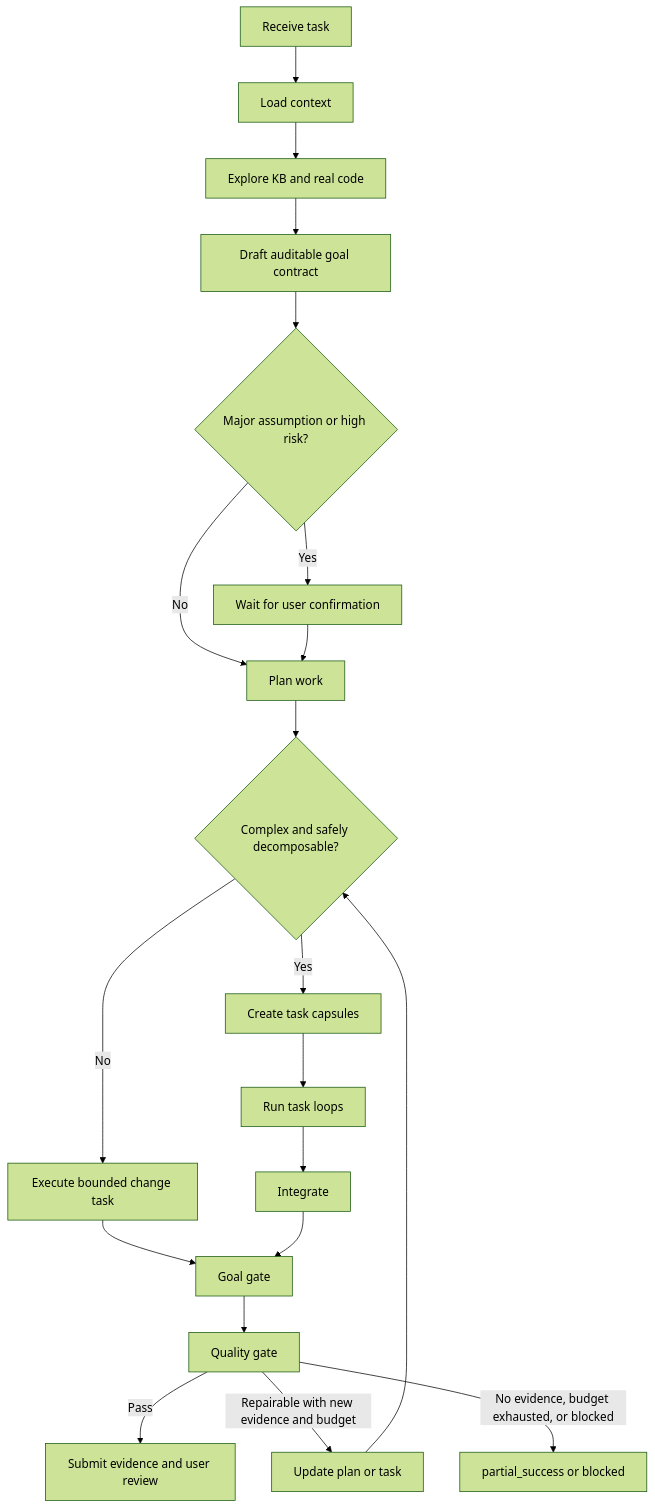
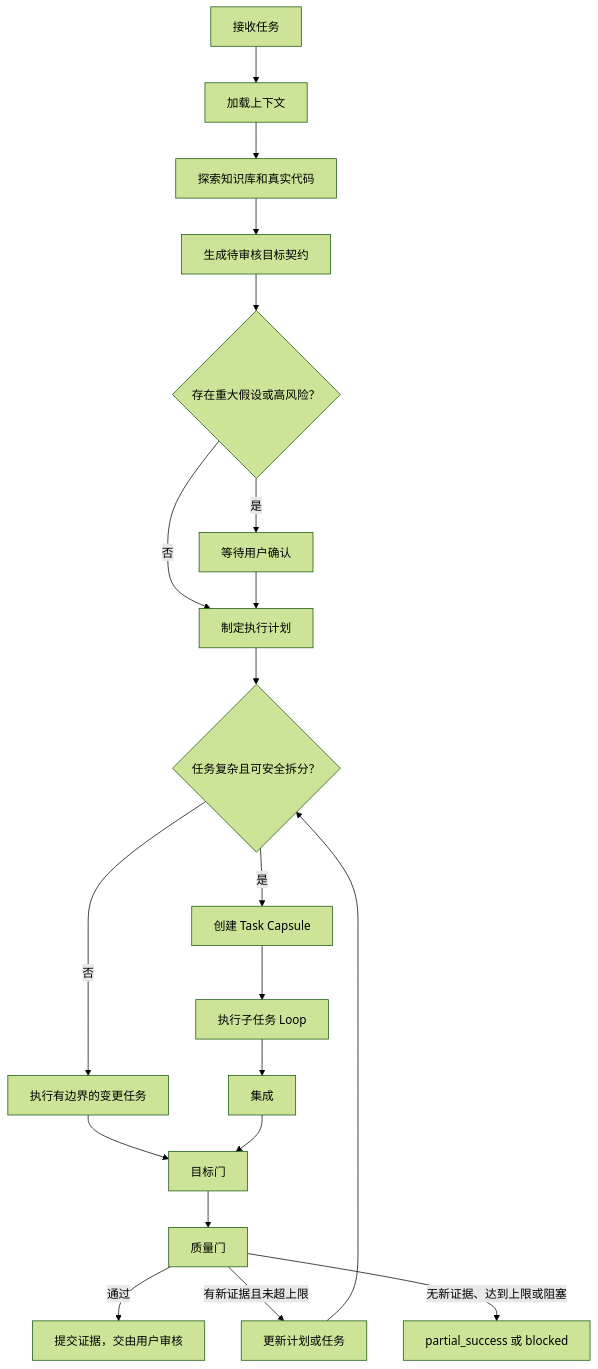
One commit to titus12/nexus-agents changed the diagram in docs/superpowers/specs/2026-07-15-go-feature-workflow-unification-design.md. Above: the diagram before and after it, drawn with Mermaid (forest theme). The commit also changed other lines of this file, not shown here.

````diff
--- a/docs/superpowers/specs/2026-07-15-go-feature-workflow-unification-design.md
+++ b/docs/superpowers/specs/2026-07-15-go-feature-workflow-unification-design.md
@@ -55,22 +55,22 @@
 ```mermaid
 flowchart TD
-    A["Receive task"] --> B["Load context"]
-    B --> C["Explore KB and real code"]
-    C --> D["Draft auditable goal contract"]
-    D --> E{"Major assumption or high risk?"}
-    E -->|Yes| F["Wait for user confirmation"]
-    E -->|No| G["Plan work"]
+    A["接收任务"] --> B["加载上下文"]
+    B --> C["探索知识库和真实代码"]
+    C --> D["生成待审核目标契约"]
+    D --> E{"存在重大假设或高风险？"}
+    E -->|是| F["等待用户确认"]
+    E -->|否| G["制定执行计划"]
     F --> G
-    G --> H{"Complex and safely decomposable?"}
-    H -->|No| I["Execute bounded change task"]
-    H -->|Yes| J["Create task capsules"]
-    J --> K["Run task loops"]
-    K --> L["Integrate"]
-    I --> M["Goal gate"]
+    G --> H{"任务复杂且可安全拆分？"}
+    H -->|否| I["执行有边界的变更任务"]
+    H -->|是| J["创建 Task Capsule"]
+    J --> K["执行子任务 Loop"]
+    K --> L["集成"]
+    I --> M["目标门"]
     L --> M
-    M --> N["Quality gate"]
-    N -->|Pass| O["Submit evidence and user review"]
-    N -->|Repairable with new evidence and budget| P["Update plan or task"]
+    M --> N["质量门"]
+    N -->|通过| O["提交证据，交由用户审核"]
+    N -->|有新证据且未超上限| P["更新计划或任务"]
     P --> H
-    N -->|No evidence, budget exhausted, or blocked| Q["partial_success or blocked"]
+    N -->|无新证据、达到上限或阻塞| Q["partial_success 或 blocked"]
 ```
````
